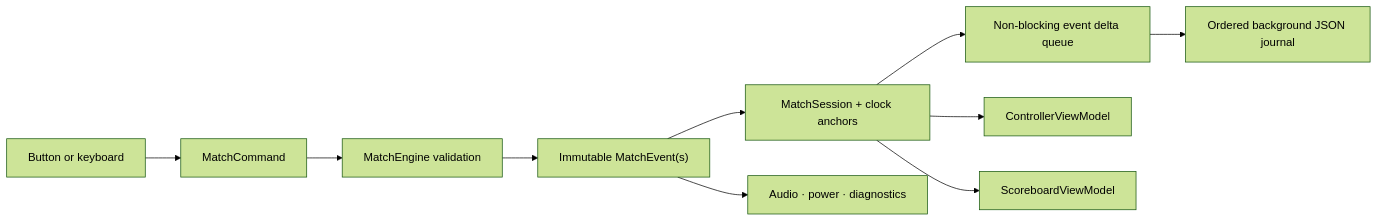
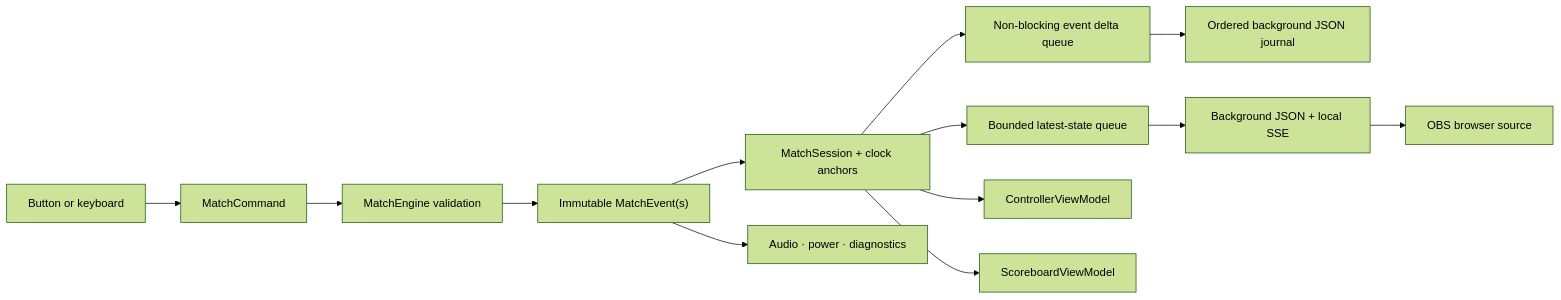
Before and after one commit to gajo357/3x3-shotclock: the diagram in docs/ARCHITECTURE.md, drawn with Mermaid (forest theme). The commit also changed other lines of this file and 27 other files, not shown here.

Commit message:
Add local OBS overlay server and consolidate scoreboard fonts

````diff
--- a/docs/ARCHITECTURE.md
+++ b/docs/ARCHITECTURE.md
@@ -20,12 +20,15 @@
 ```mermaid
 flowchart LR
     Input["Button or keyboard"] --> Command["MatchCommand"]
     Command --> Engine["MatchEngine validation"]
     Engine --> Events["Immutable MatchEvent(s)"]
     Events --> Session["MatchSession + clock anchors"]
     Session --> Queue["Non-blocking event delta queue"]
     Queue --> Store["Ordered background JSON journal"]
+    Session --> OverlayQueue["Bounded latest-state queue"]
+    OverlayQueue --> Overlay["Background JSON + local SSE"]
+    Overlay --> OBS["OBS browser source"]
     Session --> Controller["ControllerViewModel"]
     Session --> Public["ScoreboardViewModel"]
     Events --> Operations["Audio · power · diagnostics"]
 ```
````
